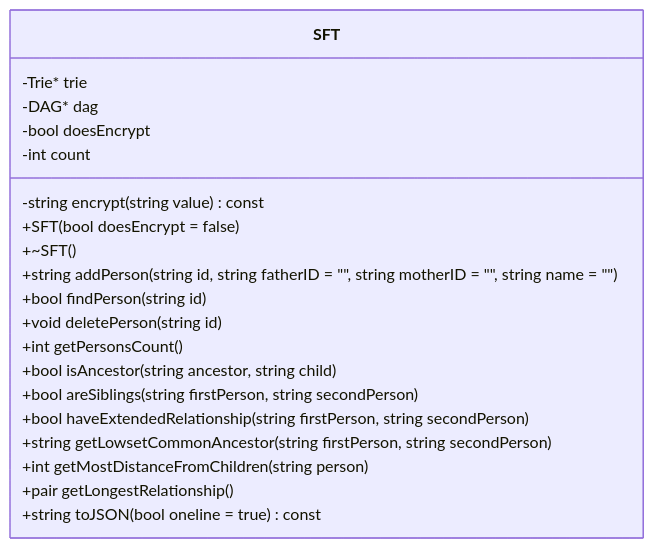
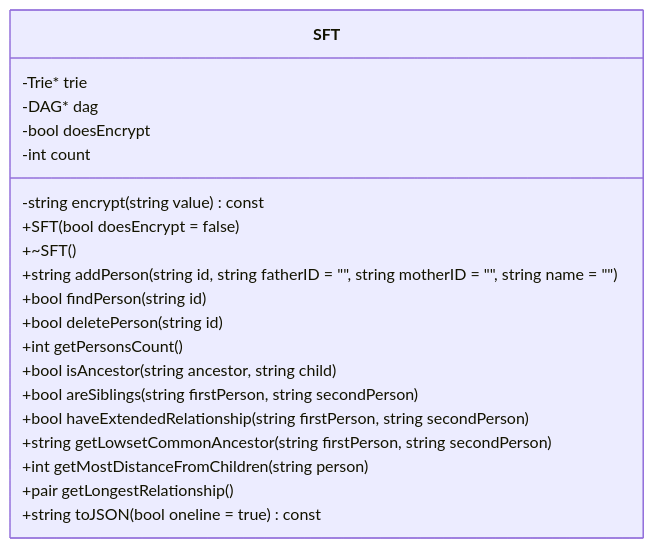
One commit to k-forghani/mysterious-family changed the fifth of 5 diagrams in schema/uml.md. Above: the diagram before and after it, drawn with Mermaid. The commit also changed other lines of this file and 2 other files, not shown here.

````diff
--- a/schema/uml.md
+++ b/schema/uml.md
@@ -66,23 +74,23 @@
 ```mermaid
 classDiagram
     class SFT {
         -Trie* trie
         -DAG* dag
         -bool doesEncrypt
         -int count
         -string encrypt(string value) const
         +SFT(bool doesEncrypt = false)
         +~SFT()
         +string addPerson(string id, string fatherID = "", string motherID = "", string name = "")
         +bool findPerson(string id)
-        +void deletePerson(string id)
+        +bool deletePerson(string id)
         +int getPersonsCount()
         +bool isAncestor(string ancestor, string child)
         +bool areSiblings(string firstPerson, string secondPerson)
         +bool haveExtendedRelationship(string firstPerson, string secondPerson)
         +string getLowsetCommonAncestor(string firstPerson, string secondPerson)
         +int getMostDistanceFromChildren(string person)
         +pair<string, string> getLongestRelationship()
         +string toJSON(bool oneline = true) const
     }
 ```
````
